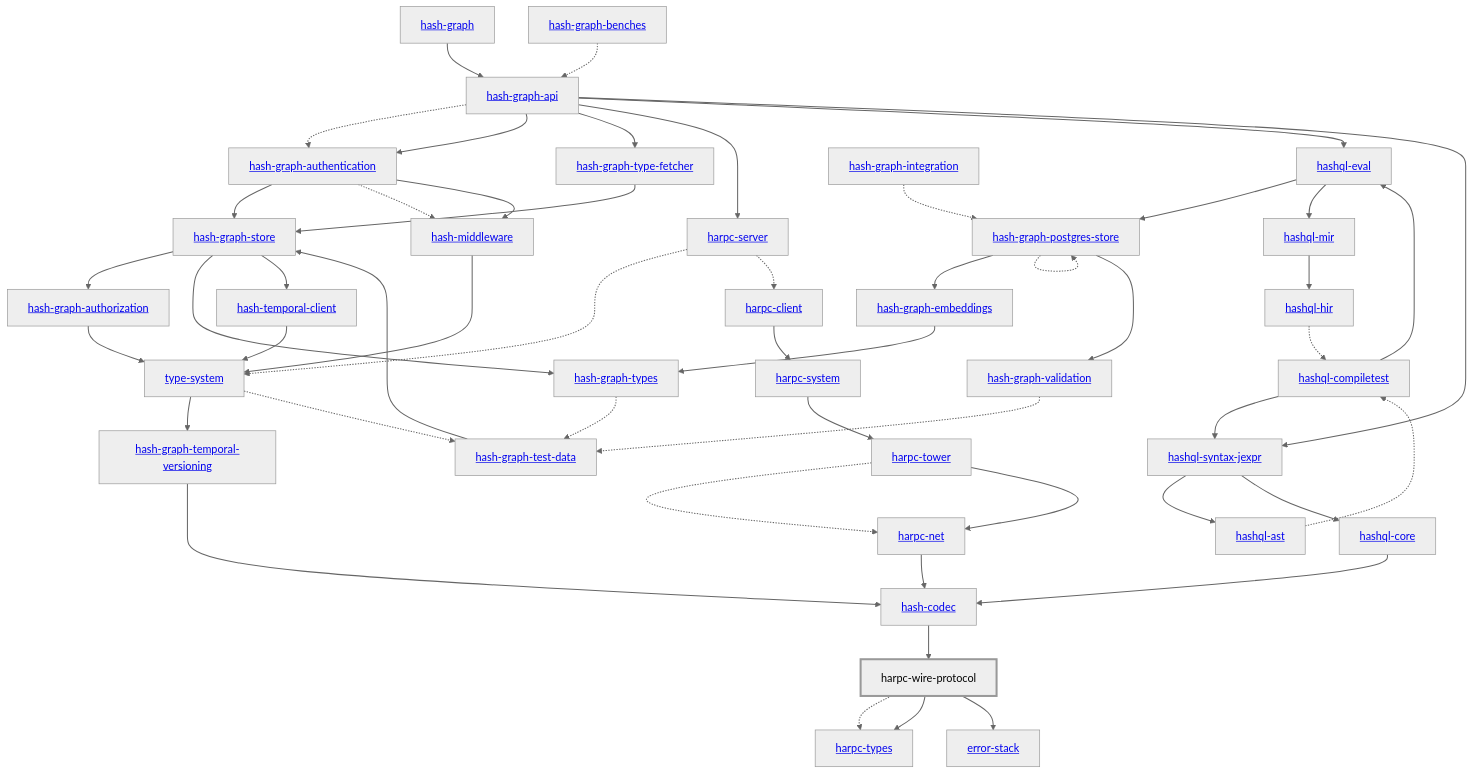
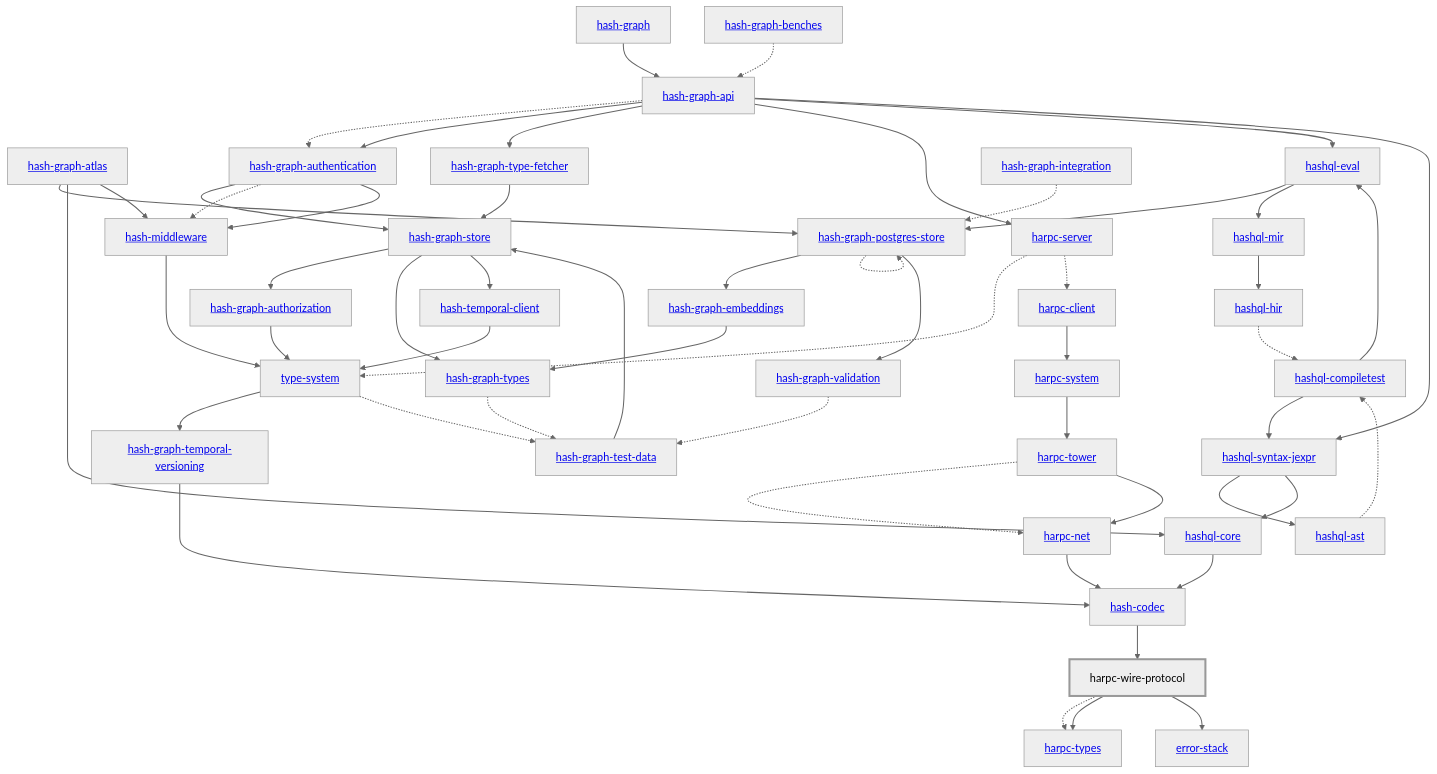
The diagram in libs/@local/harpc/wire-protocol/docs/dependency-diagram.mmd (hashintel/hash), drawn with Mermaid (neutral theme) before and after one commit. The commit also changed 647 other files, not shown here.

Commit message:
BE-782: Fit 2D semantic maps over graph entities and serve them as tiles (#9305)

```diff
--- a/libs/@local/harpc/wire-protocol/docs/dependency-diagram.mmd
+++ b/libs/@local/harpc/wire-protocol/docs/dependency-diagram.mmd
@@ -1,94 +1,98 @@
 graph TD
     linkStyle default stroke-width:1.5px
     classDef default stroke-width:1px
     classDef root stroke-width:3px
     classDef dev stroke-width:1px
     classDef build stroke-width:1px
     %% Legend
     %% --> : Normal dependency
     %% -.-> : Dev dependency
     %% ---> : Build dependency
     0[<a href="../hash_graph/index.html">hash-graph</a>]
     1[<a href="../type_system/index.html">type-system</a>]
     2[<a href="../hash_codec/index.html">hash-codec</a>]
     3[<a href="../hash_graph_api/index.html">hash-graph-api</a>]
-    4[<a href="../hash_graph_authentication/index.html">hash-graph-authentication</a>]
-    5[<a href="../hash_graph_authorization/index.html">hash-graph-authorization</a>]
-    6[<a href="../hash_graph_embeddings/index.html">hash-graph-embeddings</a>]
-    7[<a href="../hash_graph_postgres_store/index.html">hash-graph-postgres-store</a>]
-    8[<a href="../hash_graph_store/index.html">hash-graph-store</a>]
-    9[<a href="../hash_graph_temporal_versioning/index.html">hash-graph-temporal-versioning</a>]
-    10[<a href="../hash_graph_type_fetcher/index.html">hash-graph-type-fetcher</a>]
-    11[<a href="../hash_graph_types/index.html">hash-graph-types</a>]
-    12[<a href="../hash_graph_validation/index.html">hash-graph-validation</a>]
-    13[<a href="../harpc_client/index.html">harpc-client</a>]
-    14[<a href="../harpc_net/index.html">harpc-net</a>]
-    15[<a href="../harpc_server/index.html">harpc-server</a>]
-    16[<a href="../harpc_system/index.html">harpc-system</a>]
-    17[<a href="../harpc_tower/index.html">harpc-tower</a>]
-    18[<a href="../harpc_types/index.html">harpc-types</a>]
-    19[harpc-wire-protocol]
-    class 19 root
-    20[<a href="../hashql_ast/index.html">hashql-ast</a>]
-    21[<a href="../hashql_compiletest/index.html">hashql-compiletest</a>]
-    22[<a href="../hashql_core/index.html">hashql-core</a>]
-    23[<a href="../hashql_eval/index.html">hashql-eval</a>]
-    24[<a href="../hashql_hir/index.html">hashql-hir</a>]
-    25[<a href="../hashql_mir/index.html">hashql-mir</a>]
-    26[<a href="../hashql_syntax_jexpr/index.html">hashql-syntax-jexpr</a>]
-    27[<a href="../hash_middleware/index.html">hash-middleware</a>]
-    28[<a href="../hash_temporal_client/index.html">hash-temporal-client</a>]
-    29[<a href="../error_stack/index.html">error-stack</a>]
-    30[<a href="../hash_graph_benches/index.html">hash-graph-benches</a>]
-    31[<a href="../hash_graph_integration/index.html">hash-graph-integration</a>]
-    32[<a href="../hash_graph_test_data/index.html">hash-graph-test-data</a>]
+    4[<a href="../hash_graph_atlas/index.html">hash-graph-atlas</a>]
+    5[<a href="../hash_graph_authentication/index.html">hash-graph-authentication</a>]
+    6[<a href="../hash_graph_authorization/index.html">hash-graph-authorization</a>]
+    7[<a href="../hash_graph_embeddings/index.html">hash-graph-embeddings</a>]
+    8[<a href="../hash_graph_postgres_store/index.html">hash-graph-postgres-store</a>]
+    9[<a href="../hash_graph_store/index.html">hash-graph-store</a>]
+    10[<a href="../hash_graph_temporal_versioning/index.html">hash-graph-temporal-versioning</a>]
+    11[<a href="../hash_graph_type_fetcher/index.html">hash-graph-type-fetcher</a>]
+    12[<a href="../hash_graph_types/index.html">hash-graph-types</a>]
+    13[<a href="../hash_graph_validation/index.html">hash-graph-validation</a>]
+    14[<a href="../harpc_client/index.html">harpc-client</a>]
+    15[<a href="../harpc_net/index.html">harpc-net</a>]
+    16[<a href="../harpc_server/index.html">harpc-server</a>]
+    17[<a href="../harpc_system/index.html">harpc-system</a>]
+    18[<a href="../harpc_tower/index.html">harpc-tower</a>]
+    19[<a href="../harpc_types/index.html">harpc-types</a>]
+    20[harpc-wire-protocol]
+    class 20 root
+    21[<a href="../hashql_ast/index.html">hashql-ast</a>]
+    22[<a href="../hashql_compiletest/index.html">hashql-compiletest</a>]
+    23[<a href="../hashql_core/index.html">hashql-core</a>]
+    24[<a href="../hashql_eval/index.html">hashql-eval</a>]
+    25[<a href="../hashql_hir/index.html">hashql-hir</a>]
+    26[<a href="../hashql_mir/index.html">hashql-mir</a>]
+    27[<a href="../hashql_syntax_jexpr/index.html">hashql-syntax-jexpr</a>]
+    28[<a href="../hash_middleware/index.html">hash-middleware</a>]
+    29[<a href="../hash_temporal_client/index.html">hash-temporal-client</a>]
+    30[<a href="../error_stack/index.html">error-stack</a>]
+    31[<a href="../hash_graph_benches/index.html">hash-graph-benches</a>]
+    32[<a href="../hash_graph_integration/index.html">hash-graph-integration</a>]
+    33[<a href="../hash_graph_test_data/index.html">hash-graph-test-data</a>]
     0 --> 3
-    1 --> 9
-    1 -.-> 32
-    2 --> 19
-    3 -.-> 4
-    3 --> 4
-    3 --> 10
-    3 --> 15
-    3 --> 23
-    3 --> 26
+    1 --> 10
+    1 -.-> 33
+    2 --> 20
+    3 -.-> 5
+    3 --> 5
+    3 --> 11
+    3 --> 16
+    3 --> 24
+    3 --> 27
     4 --> 8
-    4 -.-> 27
-    4 --> 27
-    5 --> 1
-    6 --> 11
-    7 --> 6
-    7 -.-> 7
+    4 --> 23
+    4 --> 28
+    5 --> 9
+    5 -.-> 28
+    5 --> 28
+    6 --> 1
     7 --> 12
-    8 --> 5
-    8 --> 11
-    8 --> 28
-    9 --> 2
-    10 --> 8
-    11 -.-> 32
-    12 -.-> 32
-    13 --> 16
-    14 --> 2
-    15 -.-> 1
-    15 -.-> 13
-    16 --> 17
-    17 -.-> 14
-    17 --> 14
-    19 -.-> 18
-    19 --> 18
-    19 --> 29
-    20 -.-> 21
-    21 --> 23
-    21 --> 26
-    22 --> 2
-    23 --> 7
-    23 --> 25
-    24 -.-> 21
-    25 --> 24
-    26 --> 20
-    26 --> 22
-    27 --> 1
+    8 --> 7
+    8 -.-> 8
+    8 --> 13
+    9 --> 6
+    9 --> 12
+    9 --> 29
+    10 --> 2
+    11 --> 9
+    12 -.-> 33
+    13 -.-> 33
+    14 --> 17
+    15 --> 2
+    16 -.-> 1
+    16 -.-> 14
+    17 --> 18
+    18 -.-> 15
+    18 --> 15
+    20 -.-> 19
+    20 --> 19
+    20 --> 30
+    21 -.-> 22
+    22 --> 24
+    22 --> 27
+    23 --> 2
+    24 --> 8
+    24 --> 26
+    25 -.-> 22
+    26 --> 25
+    27 --> 21
+    27 --> 23
     28 --> 1
-    30 -.-> 3
-    31 -.-> 7
-    32 --> 8
+    29 --> 1
+    31 -.-> 3
+    32 -.-> 8
+    33 --> 9
```
